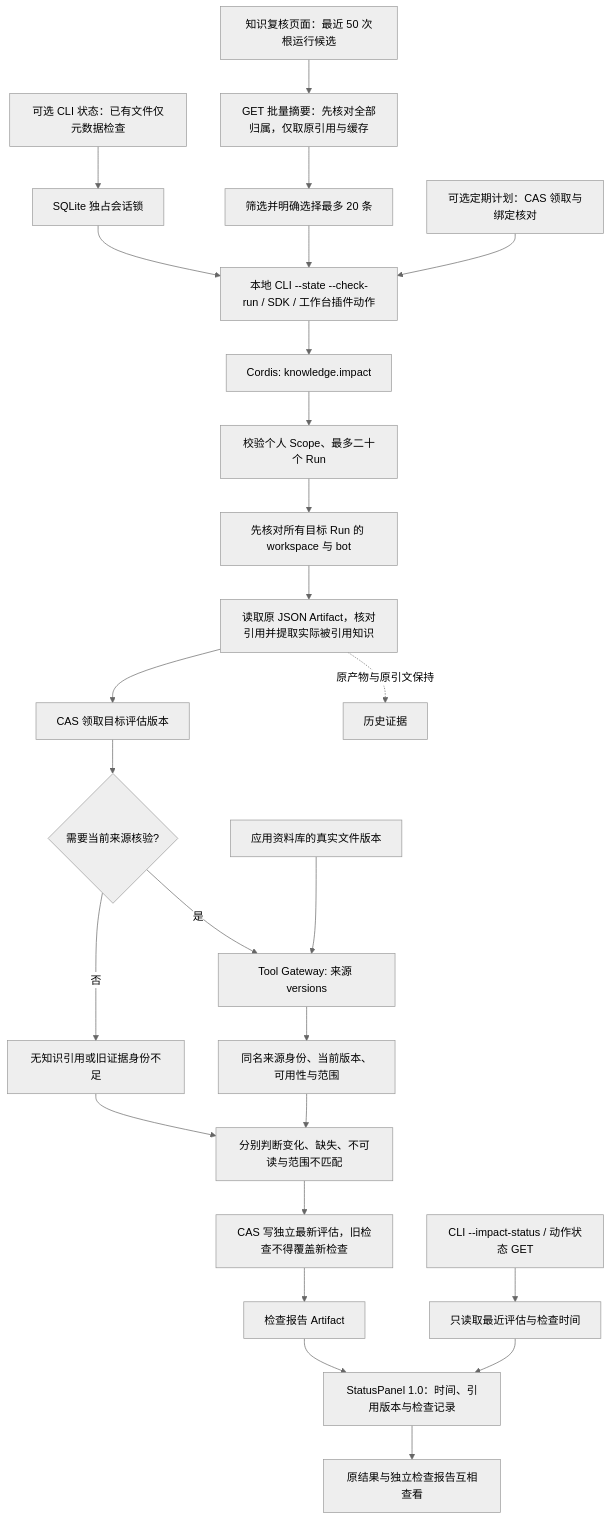
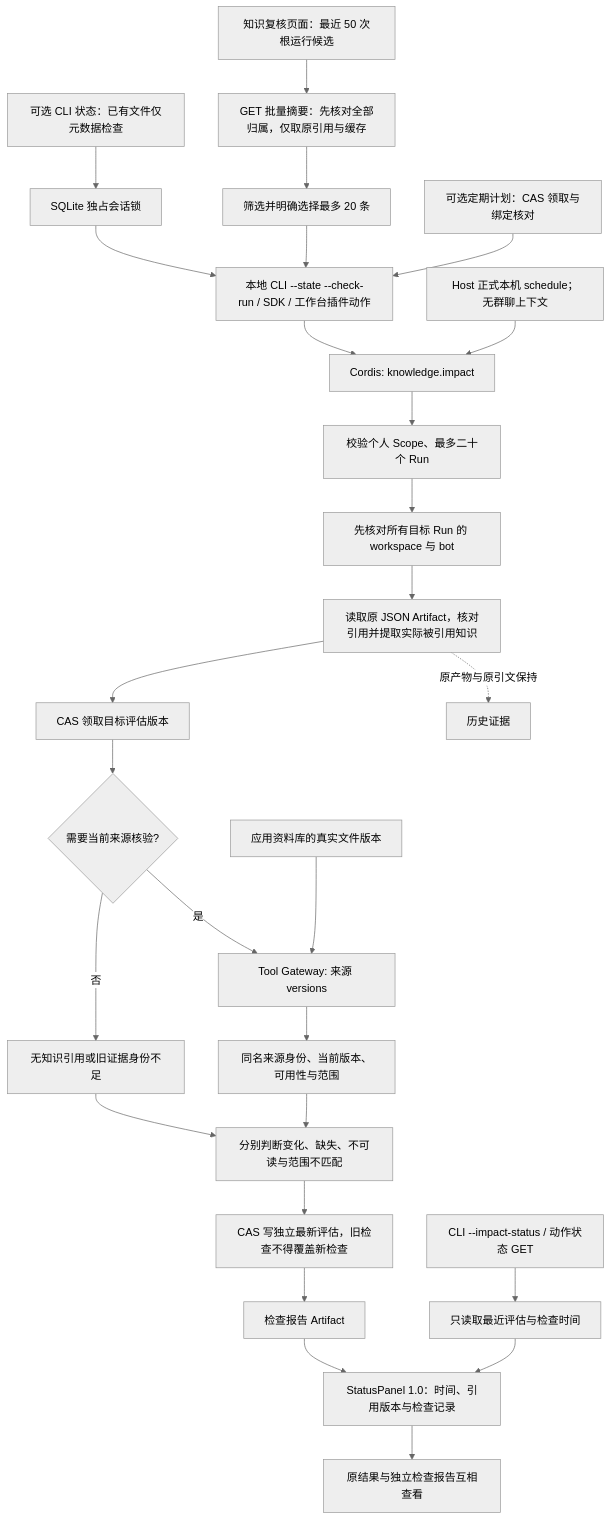
One commit to KlayPeter/AI-Delivery-Ops-Agent changed the first of 2 diagrams in backend/src/knowledge/impact/FEATURE.md. Above: the diagram before and after it, drawn with Mermaid (neutral theme). The commit also changed other lines of this file and 33 other files, not shown here.

Commit message:
feat: use governed schedule triggers for local knowledge reviews

````diff
--- a/backend/src/knowledge/impact/FEATURE.md
+++ b/backend/src/knowledge/impact/FEATURE.md
@@ -22,28 +22,29 @@
 ```mermaid
 flowchart TD
     FS[可选 CLI 状态：已有文件仅元数据检查] --> LK[SQLite 独占会话锁]
     LK --> U
     CENTER[知识复核页面：最近 50 次根运行候选] --> CACHE[GET 批量摘要：先核对全部归属，仅取原引用与缓存]
     CACHE --> SELECT[筛选并明确选择最多 20 条]
     SELECT --> U
     U[本地 CLI --state --check-run / SDK / 工作台插件动作] --> P[Cordis: knowledge.impact]
     P --> V[校验个人 Scope、最多二十个 Run]
     V --> R[先核对所有目标 Run 的 workspace 与 bot]
     R --> A[读取原 JSON Artifact，核对引用并提取实际被引用知识]
     A --> B[CAS 领取目标评估版本]
     B --> S{需要当前来源核验?}
     S -- 否 --> N[无知识引用或旧证据身份不足]
     S -- 是 --> T[Tool Gateway: 来源 versions]
     T --> C[同名来源身份、当前版本、可用性与范围]
     C --> O[分别判断变化、缺失、不可读与范围不匹配]
     N --> O
     O --> G[CAS 写独立最新评估，旧检查不得覆盖新检查]
     G --> J[检查报告 Artifact]
     A -. 原产物与原引文保持 .-> H[历史证据]
     L[CLI --impact-status / 动作状态 GET] --> K[只读取最近评估与检查时间]
     K --> PANEL[StatusPanel 1.0：时间、引用版本与检查记录]
     J --> PANEL
     PANEL --> NAV[原结果与独立检查报告互相查看]
     KLIB[应用资料库的真实文件版本] --> T
     WATCH[可选定期计划：CAS 领取与绑定核对] --> U
+    LOCAL_SCHEDULE[Host 正式本机 schedule；无群聊上下文] --> P
 ```
````
